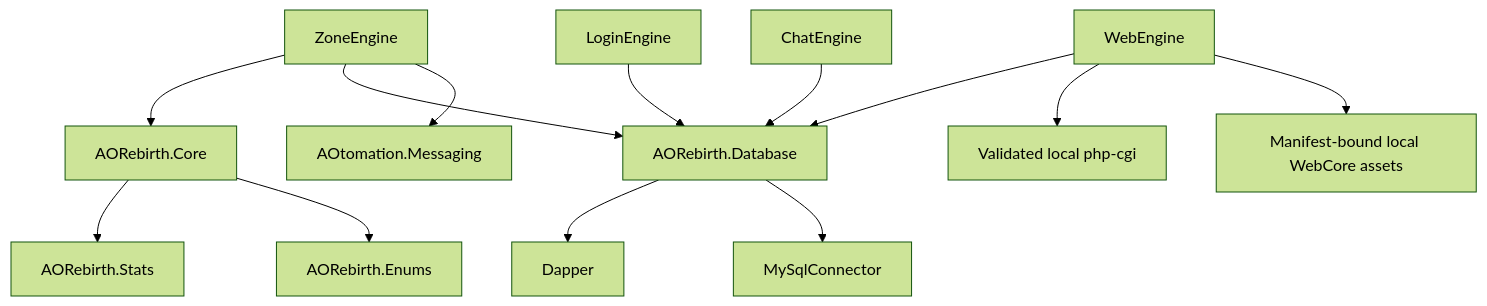
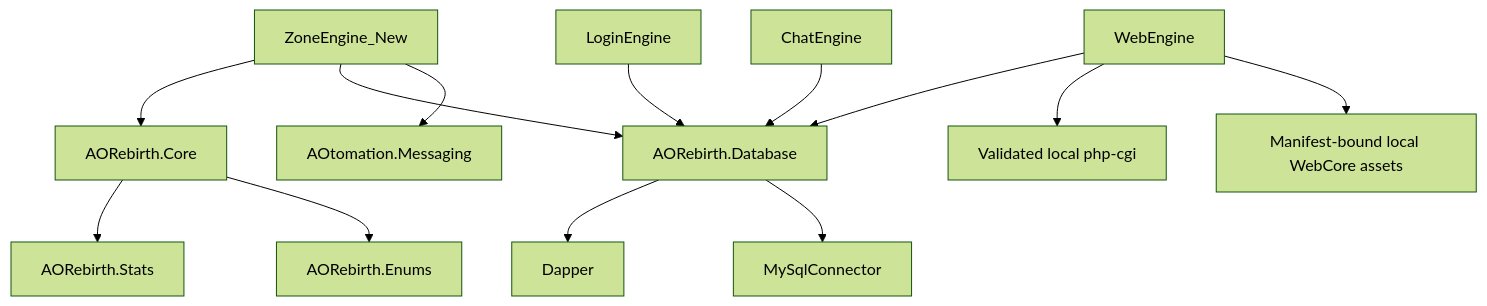
Before and after one commit to subarumike/AORebirth: the fourth of 4 diagrams in docs/project/ARCHITECTURE.md, drawn with Mermaid (forest theme). The commit also changed other lines of this file and 16 other files, not shown here.

````diff
--- a/docs/project/ARCHITECTURE.md
+++ b/docs/project/ARCHITECTURE.md
@@ -155,15 +155,15 @@
 ```mermaid
 flowchart TB
-    ZoneEngine --> AORebirthCore["AORebirth.Core"]
-    ZoneEngine --> AORebirthDatabase["AORebirth.Database"]
-    ZoneEngine --> AOtomation["AOtomation.Messaging"]
+    ZoneEngine_New --> AORebirthCore["AORebirth.Core"]
+    ZoneEngine_New --> AORebirthDatabase["AORebirth.Database"]
+    ZoneEngine_New --> AOtomation["AOtomation.Messaging"]
     LoginEngine --> AORebirthDatabase
     ChatEngine --> AORebirthDatabase
     WebEngine --> AORebirthDatabase
     WebEngine --> LocalPhpCgi["Validated local php-cgi"]
     WebEngine --> PinnedWebCore["Manifest-bound local WebCore assets"]
     AORebirthCore --> AORebirthStats["AORebirth.Stats"]
     AORebirthCore --> AORebirthEnums["AORebirth.Enums"]
     AORebirthDatabase --> Dapper
     AORebirthDatabase --> MySqlConnector["MySqlConnector"]
 ```
````
